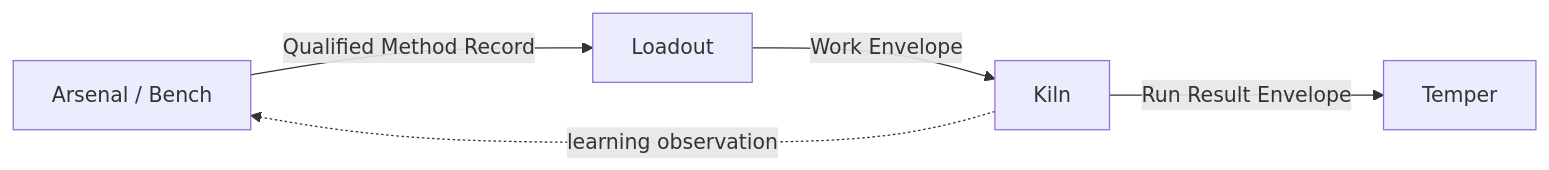
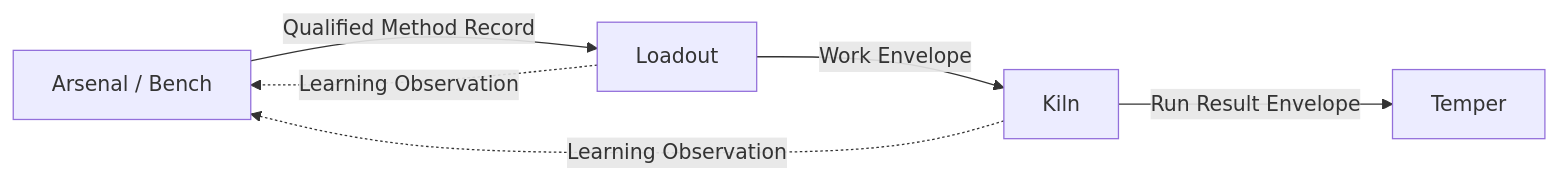
The diagram in docs/architecture/data-flow.md (jenksed/invariant-system), drawn with Mermaid before and after one commit. The commit also changed other lines of this file, not shown here.

Commit message:
docs: align learning data flow with canonical contract

````diff
--- a/docs/architecture/data-flow.md
+++ b/docs/architecture/data-flow.md
@@ -17,7 +17,8 @@
 ```mermaid
 flowchart LR
     Arsenal[Arsenal / Bench] -->|Qualified Method Record| Loadout[Loadout]
     Loadout -->|Work Envelope| Kiln[Kiln]
     Kiln -->|Run Result Envelope| Temper[Temper]
-    Kiln -. learning observation .-> Arsenal
+    Loadout -. Learning Observation .-> Arsenal
+    Kiln -. Learning Observation .-> Arsenal
 ```
````
